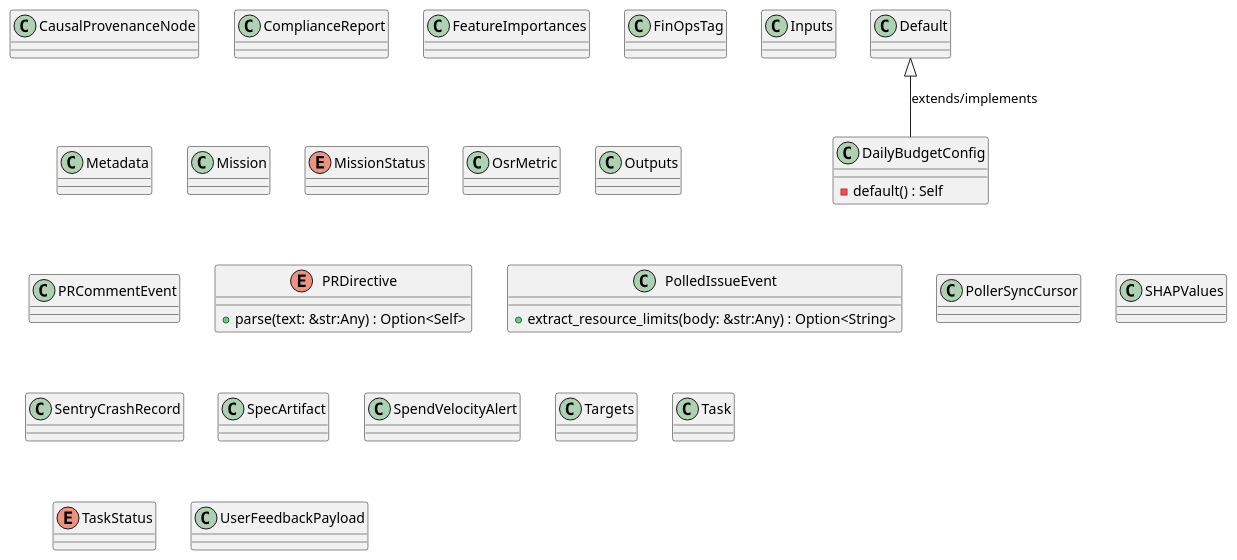
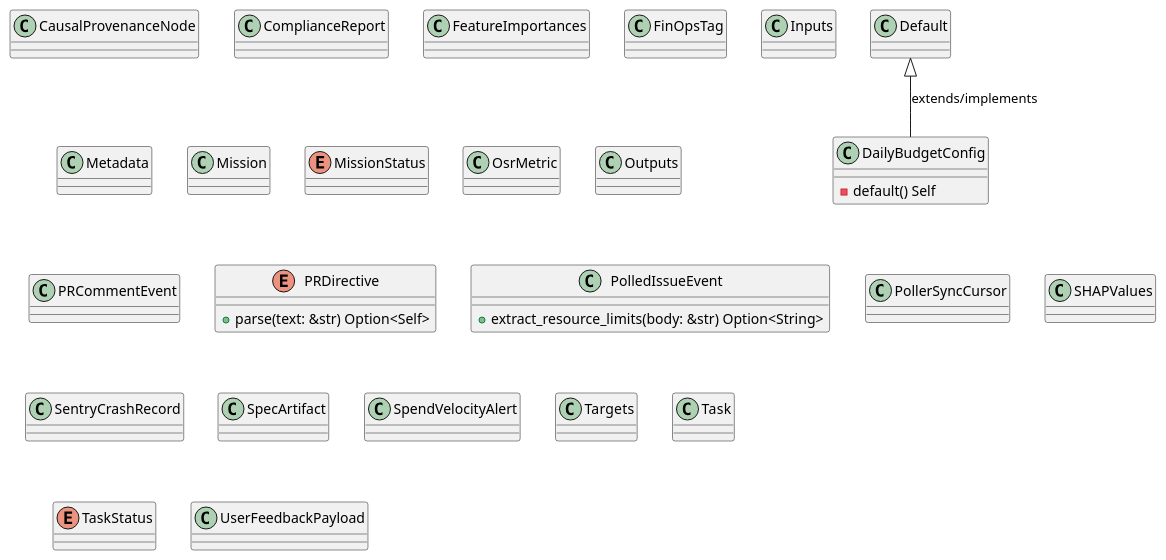
The first of 6 diagrams in openwiki/crates_factory_core_src_lib.md (lgcorzo/rust_CACD_autonomous_factory), drawn with PlantUML before and after one commit. The commit also changed other lines of this file and 97 other files, not shown here.

First line of the commit message:
Fix Rust AST parsing for method and function parameters, and update OKF UML frontmatter

````diff
--- a/openwiki/crates_factory_core_src_lib.md
+++ b/openwiki/crates_factory_core_src_lib.md
@@ -653,55 +658,55 @@
 ```plantuml
 @startuml
 class CausalProvenanceNode {
 }
 class ComplianceReport {
 }
 class DailyBudgetConfig {
-    -default() : Self
+    -default() Self
 }
 Default <|-- DailyBudgetConfig : extends/implements
 class FeatureImportances {
 }
 class FinOpsTag {
 }
 class Inputs {
 }
 class Metadata {
 }
 class Mission {
 }
 enum MissionStatus {
 }
 class OsrMetric {
 }
 class Outputs {
 }
 class PRCommentEvent {
 }
 enum PRDirective {
-    +parse(text: &str:Any) : Option<Self>
+    +parse(text: &str) Option<Self>
 }
 class PolledIssueEvent {
-    +extract_resource_limits(body: &str:Any) : Option<String>
+    +extract_resource_limits(body: &str) Option<String>
 }
 class PollerSyncCursor {
 }
 class SHAPValues {
 }
 class SentryCrashRecord {
 }
 class SpecArtifact {
 }
 class SpendVelocityAlert {
 }
 class Targets {
 }
 class Task {
 }
 enum TaskStatus {
 }
 class UserFeedbackPayload {
 }
 @enduml
 
 ```
````
